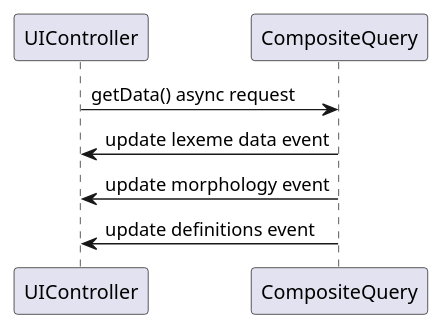
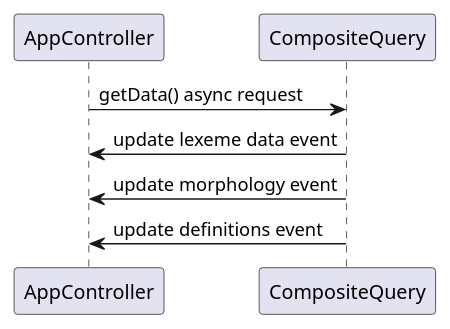
Before and after one commit to alpheios-project/documentation: the diagram in development/app-architecture/query-ui-controller-interaction.puml, drawn with PlantUML. The commit also changed 15 other files, not shown here.

```diff
--- a/development/app-architecture/query-ui-controller-interaction.puml
+++ b/development/app-architecture/query-ui-controller-interaction.puml
@@ -1,9 +1,9 @@
 @startuml
-participant UIController
+participant AppController
 participant CompositeQuery
 
-UIController->CompositeQuery: getData() async request
-CompositeQuery->UIController: update lexeme data event
-CompositeQuery->UIController: update morphology event
-CompositeQuery->UIController: update definitions event
+AppController->CompositeQuery: getData() async request
+CompositeQuery->AppController: update lexeme data event
+CompositeQuery->AppController: update morphology event
+CompositeQuery->AppController: update definitions event
 @enduml
```
